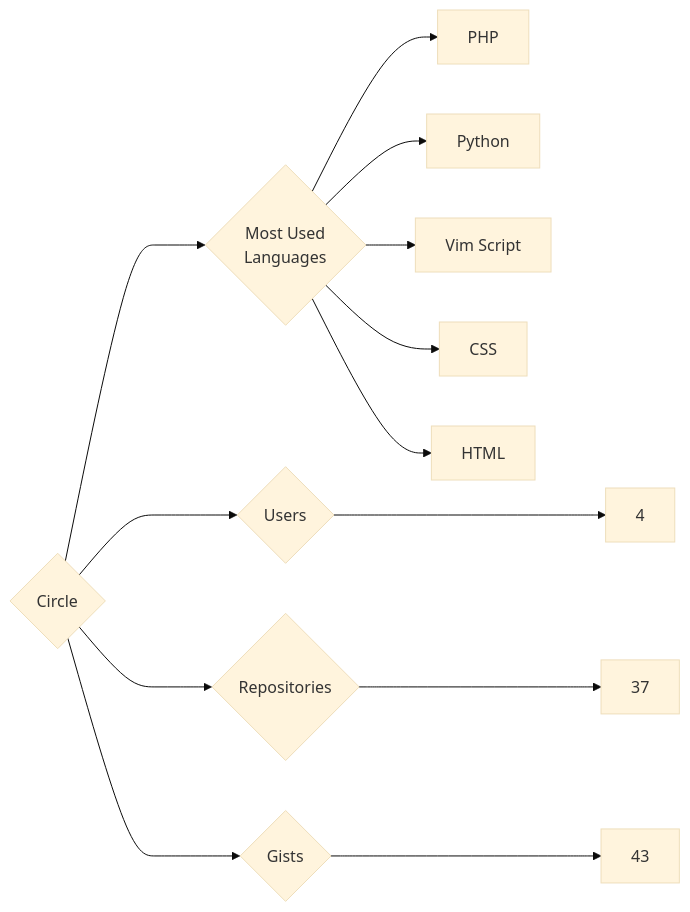
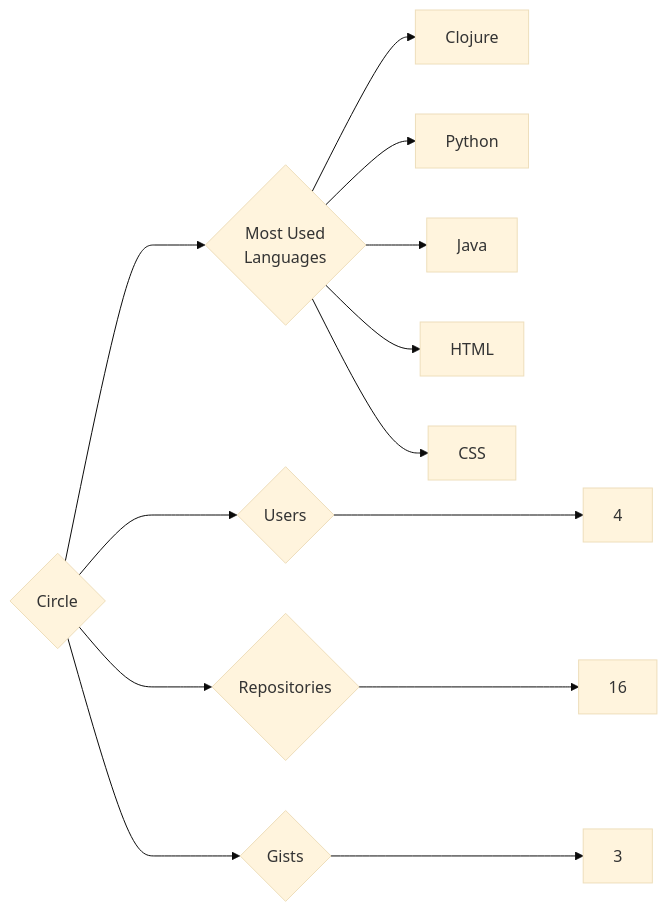
One commit to trickest/insiders changed the diagram in targets/Circle/README.md. Above: the diagram before and after it, drawn with Mermaid (base theme). The commit also changed 1120 other files, not shown here.

````diff
--- a/targets/Circle/README.md
+++ b/targets/Circle/README.md
@@ -3,13 +3,13 @@
 ```mermaid
 graph LR
 COMPANY_NAME{Circle}
 COMPANY_NAME ---> U{Users} ---> UN[4]
-COMPANY_NAME ---> R{Repositories} ---> RN[37]
-COMPANY_NAME ---> G{Gists} ---> GN[43]
+COMPANY_NAME ---> R{Repositories} ---> RN[16]
+COMPANY_NAME ---> G{Gists} ---> GN[3]
 COMPANY_NAME ---> ML{Most Used<br>Languages}
-ML --> PHP[PHP]
+ML --> Clojure[Clojure]
 ML --> Python[Python]
-ML --> Vim_Script[Vim Script]
+ML --> Java[Java]
+ML --> HTML[HTML]
 ML --> CSS[CSS]
-ML --> HTML[HTML]
 ```
````
